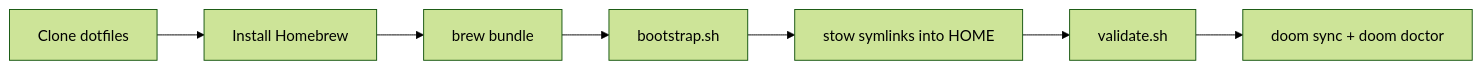
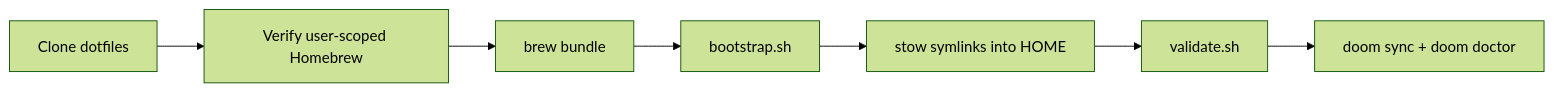
Before and after one commit to crystalcheong/dotfiles: the first of 2 diagrams in README.md, drawn with Mermaid (forest theme). The commit also changed other lines of this file and 5 other files, not shown here.

````diff
--- a/README.md
+++ b/README.md
@@ -53,9 +56,9 @@
 ```mermaid
 flowchart LR
-  A[Clone dotfiles] --> B[Install Homebrew]
+  A[Clone dotfiles] --> B[Verify user-scoped Homebrew]
   B --> C[brew bundle]
   C --> D[bootstrap.sh]
   D --> E[stow symlinks into HOME]
   E --> F[validate.sh]
   F --> G[doom sync + doom doctor]
 ```
````
